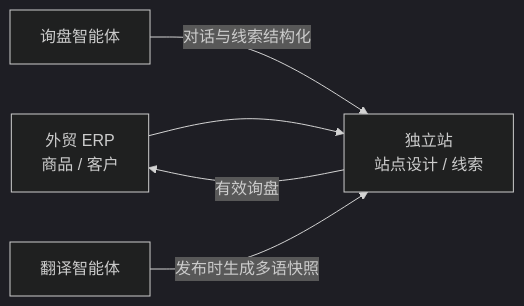
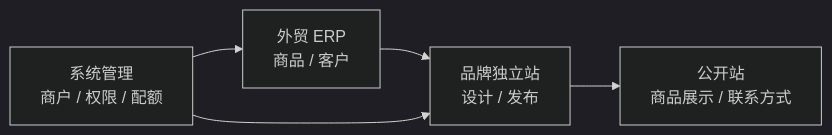
The first of 2 diagrams in ARCHITECTURE.md (mercivo/admin), drawn with Mermaid (dark theme) before and after one commit. The commit also changed other lines of this file and 146 other files, not shown here.

````diff
--- a/ARCHITECTURE.md
+++ b/ARCHITECTURE.md
@@ -52,7 +43,7 @@
 ```mermaid
 flowchart LR
-  ERP["外贸 ERP<br/>商品 / 客户"] --> SITE["独立站<br/>站点设计 / 线索"]
-  SITE -->|"有效询盘"| ERP
-  INQUIRY["询盘智能体"] -->|"对话与线索结构化"| SITE
-  TRANSLATE["翻译智能体"] -->|"发布时生成多语快照"| SITE
+  ERP["外贸 ERP<br/>商品 / 客户"] --> SITE["品牌独立站<br/>设计 / 发布"]
+  SITE --> PUBLIC["公开站<br/>商品展示 / 联系方式"]
+  SYSTEM["系统管理<br/>商户 / 权限 / 配额"] --> ERP
+  SYSTEM --> SITE
 ```
````
